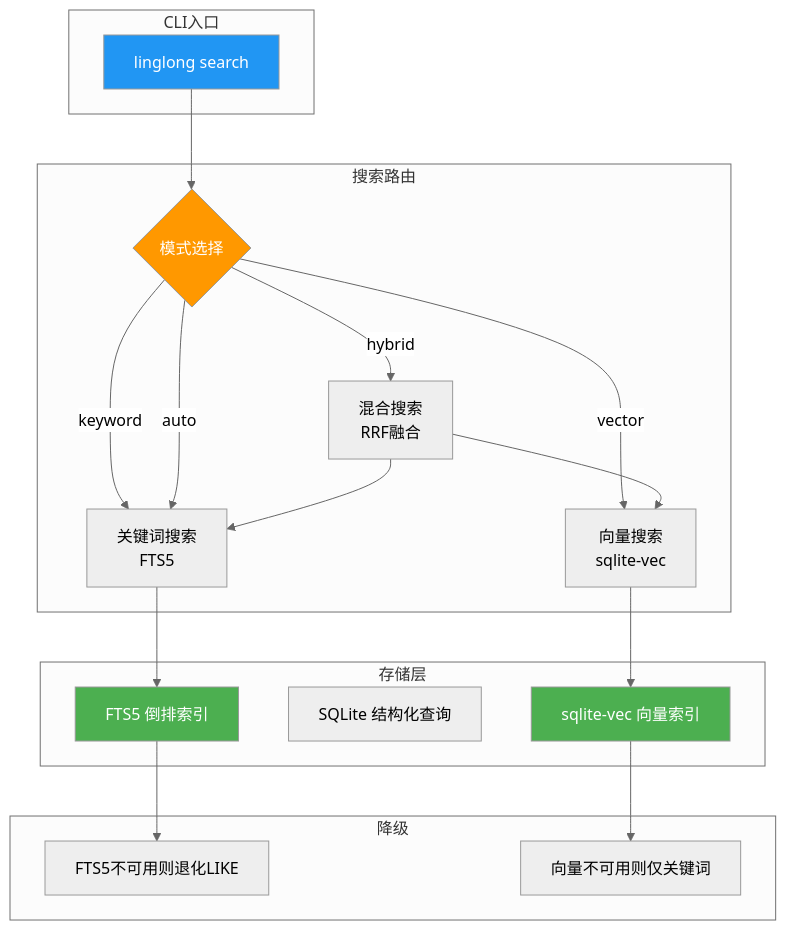
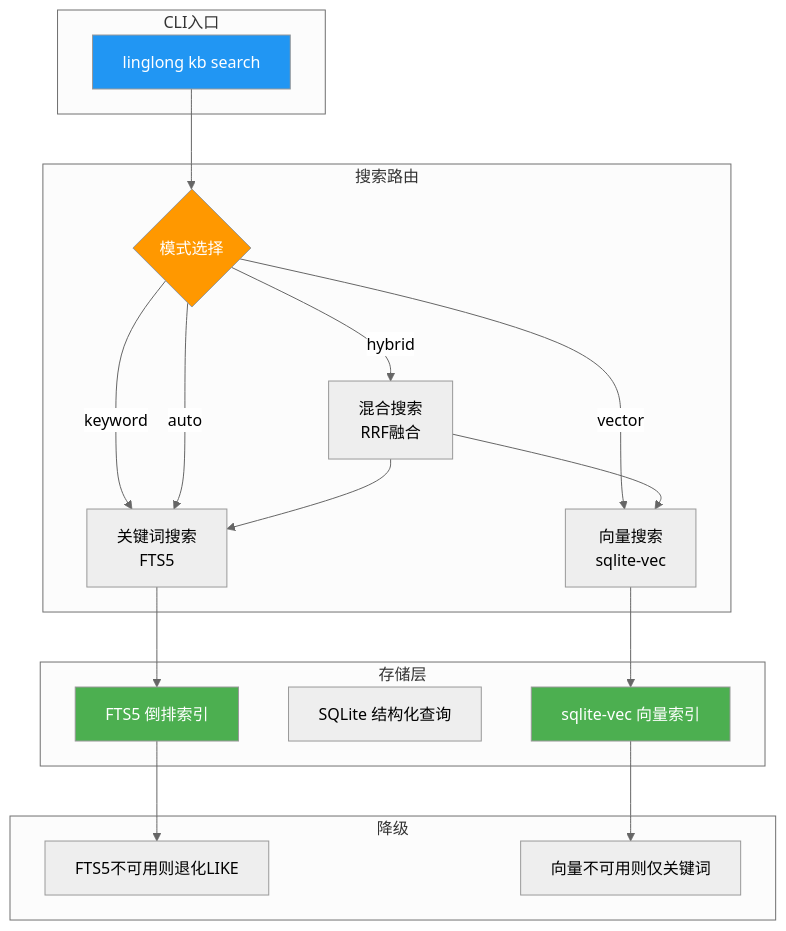
One commit to xinovate/linglong-knowledge changed the first of 2 diagrams in docs/knowledge/design/04-search.md. Above: the diagram before and after it, drawn with Mermaid (neutral theme). The commit also changed other lines of this file and 23 other files, not shown here.

````diff
--- a/docs/knowledge/design/04-search.md
+++ b/docs/knowledge/design/04-search.md
@@ -16,43 +16,43 @@
 ```mermaid
 graph TD
     subgraph CLI入口
-        CMD[linglong search]
+        CMD[linglong kb search]
     end
 
     subgraph 搜索路由
         ROUTER{模式选择}
         KW[关键词搜索<br/>FTS5]
         VEC[向量搜索<br/>sqlite-vec]
         HYBRID[混合搜索<br/>RRF融合]
     end
 
     subgraph 存储层
         FTS[FTS5 倒排索引]
         SQLITE[SQLite 结构化查询]
         VECTOR[sqlite-vec 向量索引]
     end
 
     subgraph 降级
         FALLBACK[FTS5不可用则退化LIKE]
         FALLBACK2[向量不可用则仅关键词]
     end
 
     CMD --> ROUTER
     ROUTER -->|keyword| KW
     ROUTER -->|vector| VEC
     ROUTER -->|hybrid| HYBRID
     ROUTER -->|auto| KW
 
     KW --> FTS
     VEC --> VECTOR
     HYBRID --> KW
     HYBRID --> VEC
 
     FTS --> FALLBACK
     VECTOR --> FALLBACK2
 
     style CMD fill:#2196F3,color:#fff
     style ROUTER fill:#FF9800,color:#fff
     style FTS fill:#4CAF50,color:#fff
     style VECTOR fill:#4CAF50,color:#fff
 ```
````
